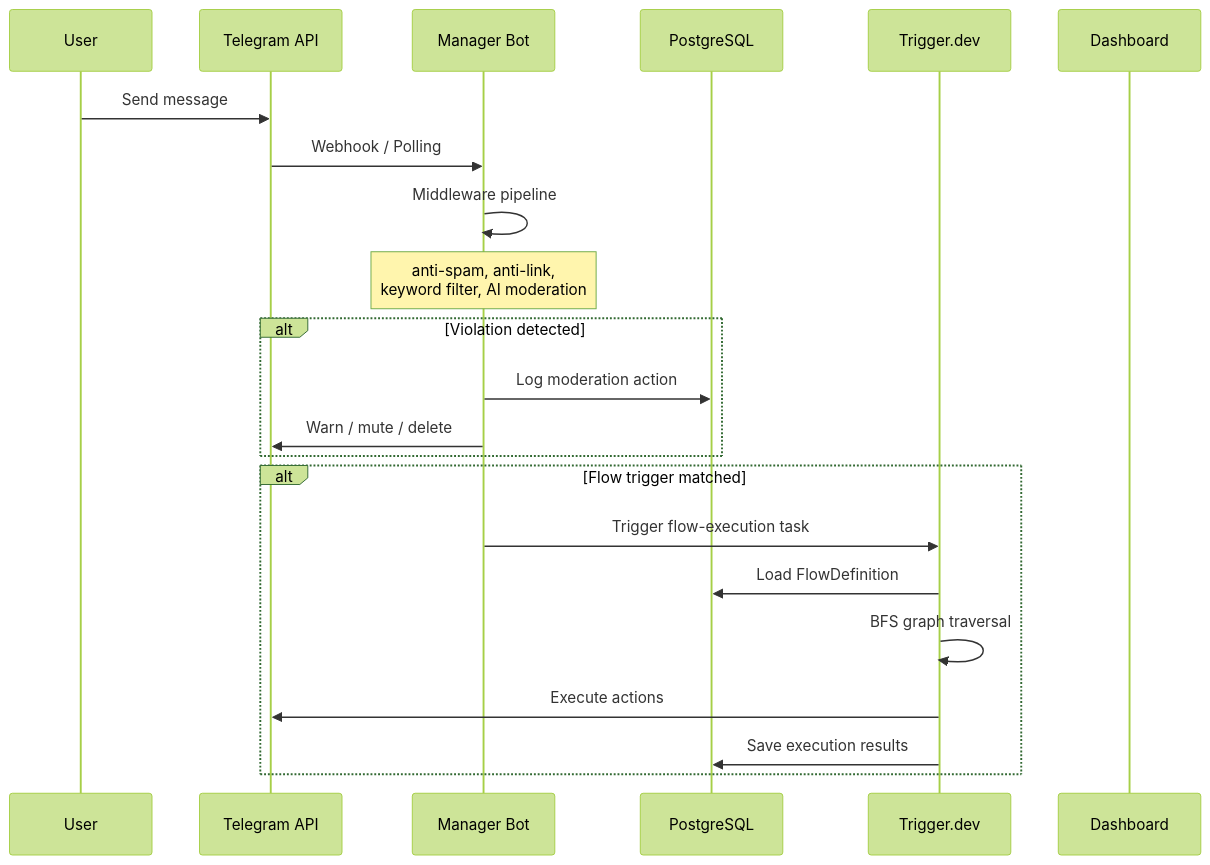
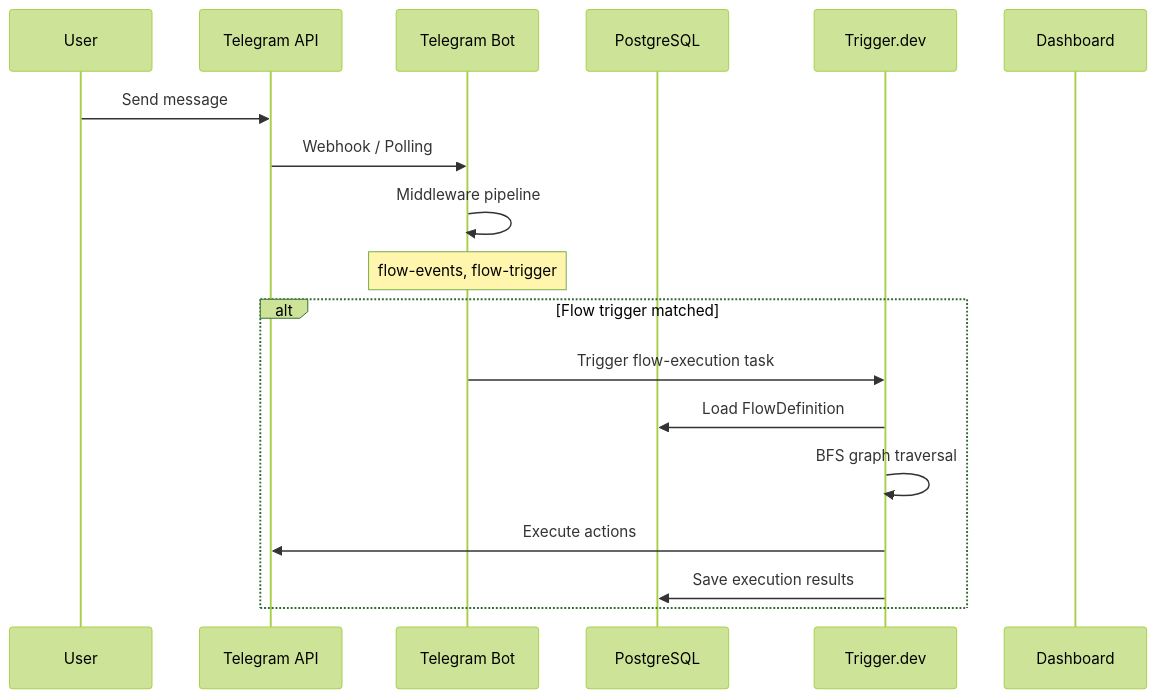
The third of 7 diagrams in README.md (kolezka/flowbot), drawn with Mermaid (forest theme) before and after one commit. The commit also changed other lines of this file and 2 other files, not shown here.

First line of the commit message:
docs: update CLAUDE.md and README.md — replace bot/manager-bot with telegram-bot, moderation is flow-driven

````diff
--- a/README.md
+++ b/README.md
@@ -134,27 +130,22 @@
 ```mermaid
 sequenceDiagram
     participant U as User
     participant TG as Telegram API
-    participant MB as Manager Bot
+    participant TB as Telegram Bot
     participant DB as PostgreSQL
     participant TR as Trigger.dev
     participant FE as Dashboard
 
     U->>TG: Send message
-    TG->>MB: Webhook / Polling
-    MB->>MB: Middleware pipeline
-    Note over MB: anti-spam, anti-link,<br/>keyword filter, AI moderation
-
-    alt Violation detected
-        MB->>DB: Log moderation action
-        MB->>TG: Warn / mute / delete
-    end
+    TG->>TB: Webhook / Polling
+    TB->>TB: Middleware pipeline
+    Note over TB: flow-events, flow-trigger
 
     alt Flow trigger matched
-        MB->>TR: Trigger flow-execution task
+        TB->>TR: Trigger flow-execution task
         TR->>DB: Load FlowDefinition
         TR->>TR: BFS graph traversal
         TR->>TG: Execute actions
         TR->>DB: Save execution results
     end
 ```
````
